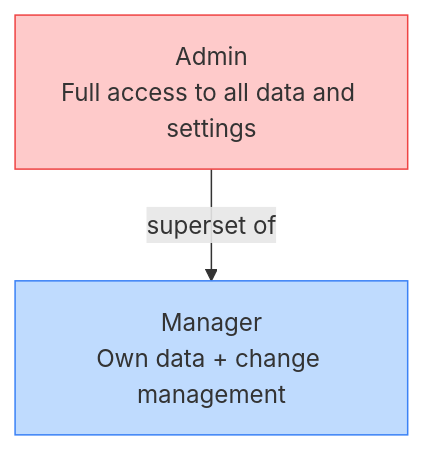
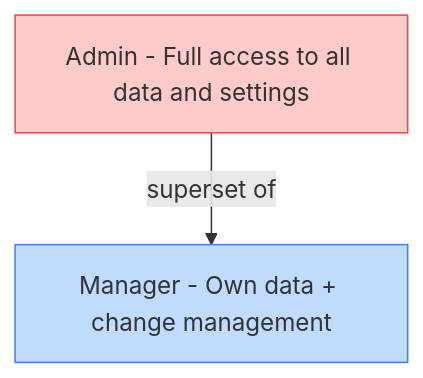
One commit to jj-shen99/changefabric changed the first of 4 diagrams in docs/architecture/access-control.md. Above: the diagram before and after it, drawn with Mermaid. The commit also changed other lines of this file and 10 other files, not shown here.

First line of the commit message:
Fix Mermaid syntax errors, update all docs to v1.3.0

````diff
--- a/docs/architecture/access-control.md
+++ b/docs/architecture/access-control.md
@@ -7,10 +7,10 @@
 ```mermaid
 graph TD
-    Admin["Admin<br/>Full access to all data and settings"]
-    Manager["Manager<br/>Own data + change management"]
+    Admin["Admin - Full access to all data and settings"]
+    Manager["Manager - Own data + change management"]
 
     Admin -->|superset of| Manager
 
     style Admin fill:#fecaca,stroke:#ef4444
     style Manager fill:#bfdbfe,stroke:#3b82f6
 ```
````
